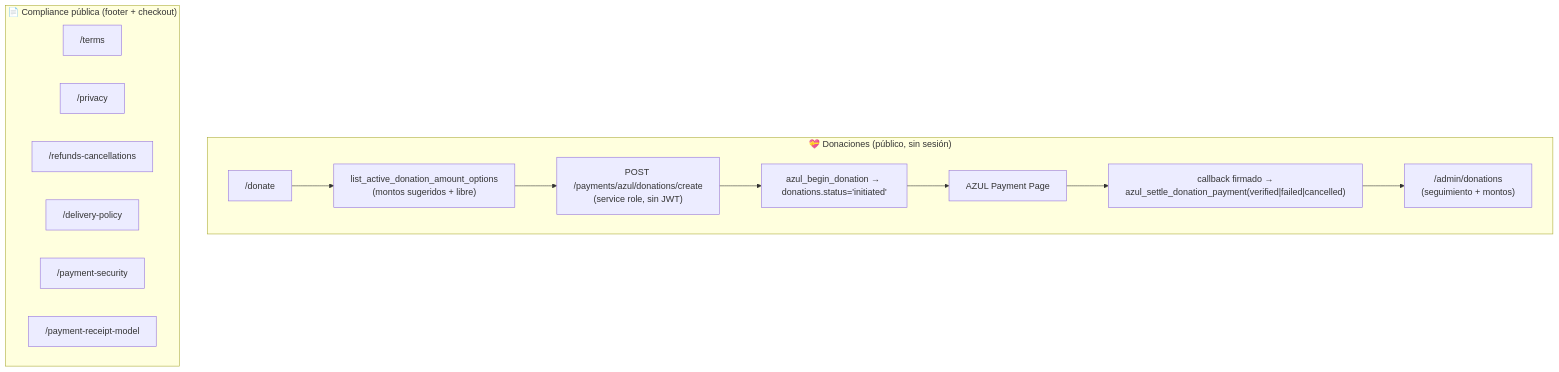
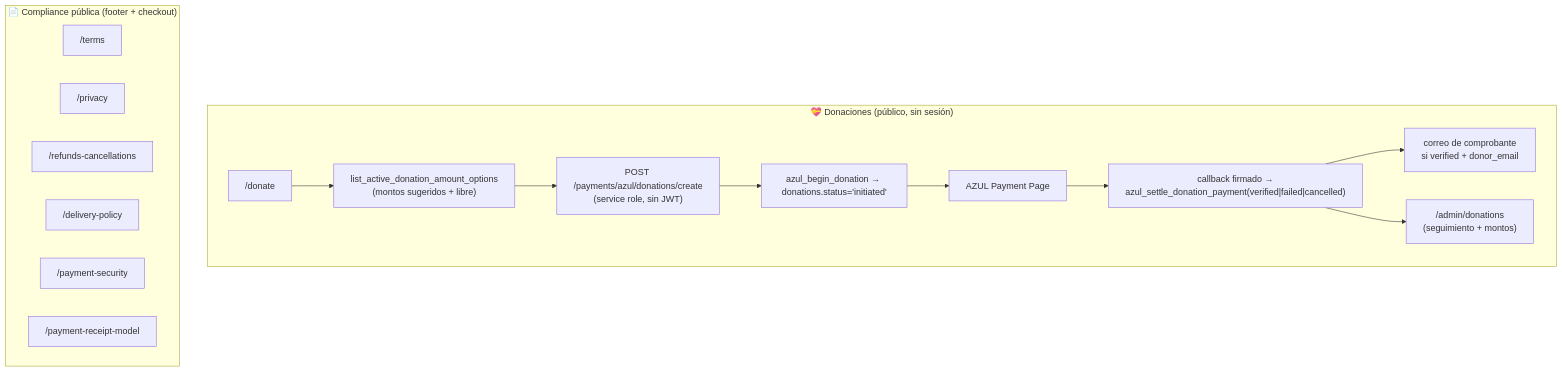
Diagram 23 of 23 in docs/architecture/plataforma-flujograma.md (EdgarJr30/asi_do), drawn with Mermaid before and after one commit. The commit also changed other lines of this file and 9 other files, not shown here.

Commit message:
Remove donor history and email donation receipts

````diff
--- a/docs/architecture/plataforma-flujograma.md
+++ b/docs/architecture/plataforma-flujograma.md
@@ -686,20 +686,21 @@
 ```mermaid
 flowchart TD
     subgraph DONA["💝 Donaciones (público, sin sesión)"]
         D0["/donate"] --> D1["list_active_donation_amount_options<br/>(montos sugeridos + libre)"]
         D1 --> D2["POST /payments/azul/donations/create<br/>(service role, sin JWT)"]
         D2 --> D3["azul_begin_donation → donations.status='initiated'"]
         D3 --> D4["AZUL Payment Page"]
         D4 --> D5["callback firmado →<br/>azul_settle_donation_payment(verified|failed|cancelled)"]
-        D5 --> D6["/admin/donations<br/>(seguimiento + montos)"]
+        D5 --> D6["correo de comprobante<br/>si verified + donor_email"]
+        D5 --> D7["/admin/donations<br/>(seguimiento + montos)"]
     end
 
     subgraph LEGAL["📄 Compliance pública (footer + checkout)"]
         T1["/terms"]
         T2["/privacy"]
         T3["/refunds-cancellations"]
         T4["/delivery-policy"]
         T5["/payment-security"]
         T6["/payment-receipt-model"]
     end
 ```
````
